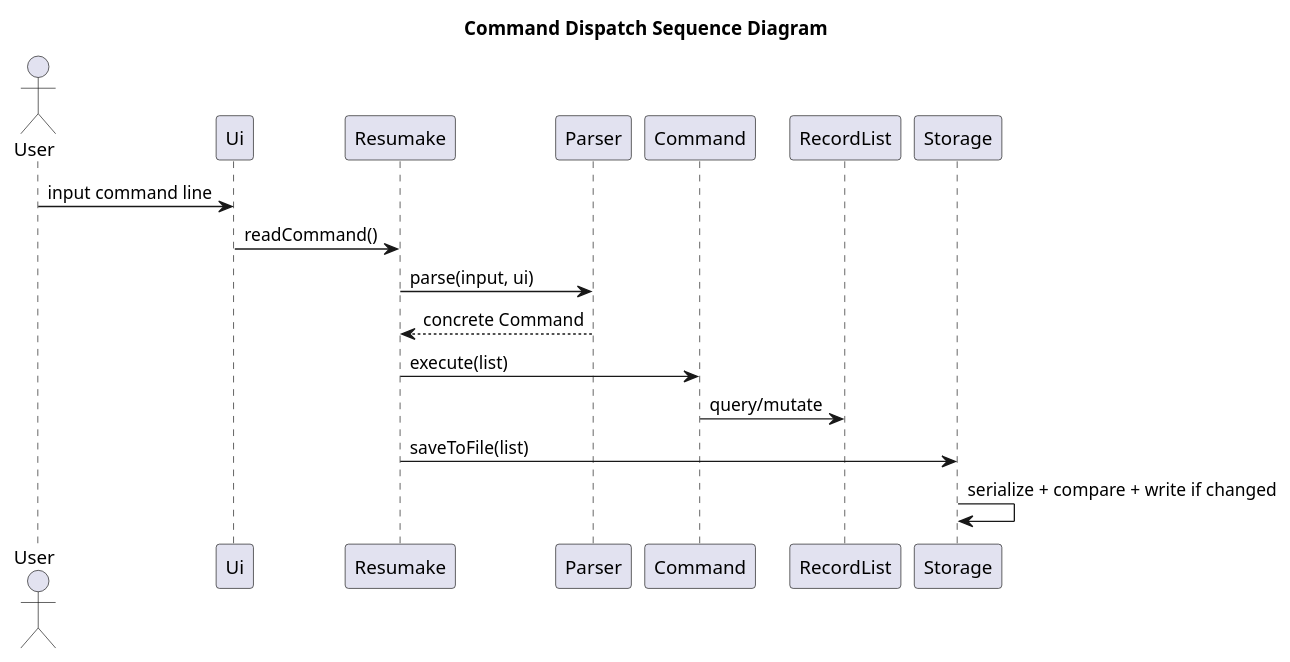
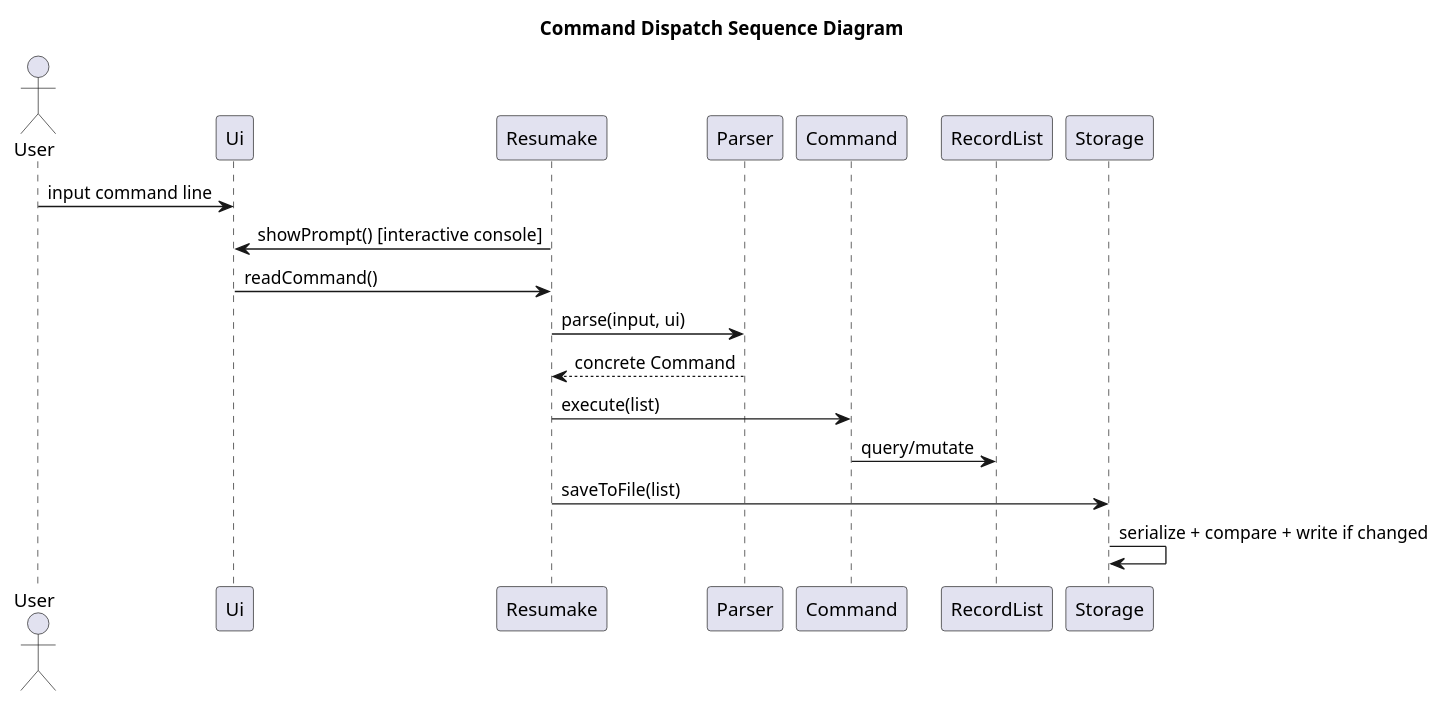
Before and after one commit to AY2526S2-CS2113-F09-2/tp: the diagram in docs/diagrams/CommandDispatchSequenceDiagram.puml, drawn with PlantUML. The commit also changed 23 other files, not shown here.

Commit message:
Update UG and DG to align diagrams and command behavior

```diff
--- a/docs/diagrams/CommandDispatchSequenceDiagram.puml
+++ b/docs/diagrams/CommandDispatchSequenceDiagram.puml
@@ -1,22 +1,23 @@
 @startuml
 !pragma layout smetana
 
 title Command Dispatch Sequence Diagram
 
 actor User
 participant Ui
 participant Resumake
 participant Parser
 participant Command
 participant RecordList
 participant Storage
 
 User -> Ui: input command line
+Resumake -> Ui: showPrompt() [interactive console]
 Ui -> Resumake: readCommand()
 Resumake -> Parser: parse(input, ui)
 Parser --> Resumake: concrete Command
 Resumake -> Command: execute(list)
 Command -> RecordList: query/mutate
 Resumake -> Storage: saveToFile(list)
 Storage -> Storage: serialize + compare + write if changed
 @enduml
```
